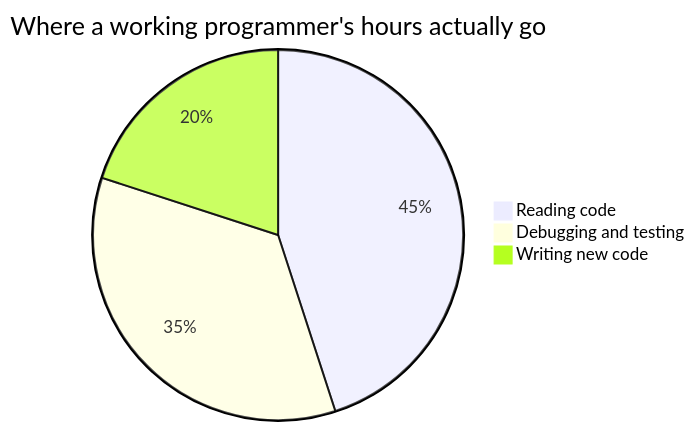
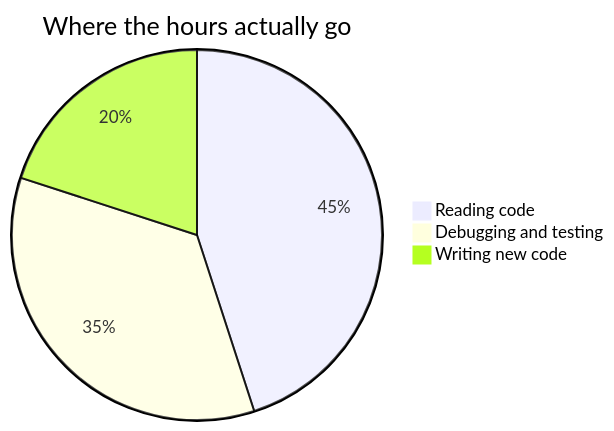
One commit to russellgordon/containerized-quartz-for-teachers changed the second of 2 diagrams in support/example_content/ICS3U/shared/Style/What This Site Can Do.md. Above: the diagram before and after it, drawn with Mermaid. The commit also changed 31 other files, not shown here.

First line of the commit message:
Pie titles fit the chart mermaid actually draws

````diff
--- a/support/example_content/ICS3U/shared/Style/What This Site Can Do.md
+++ b/support/example_content/ICS3U/shared/Style/What This Site Can Do.md
@@ -159,6 +159,6 @@
 ```mermaid
-pie title Where a working programmer's hours actually go
+pie title Where the hours actually go
     "Reading code" : 45
     "Debugging and testing" : 35
     "Writing new code" : 20
 ```
````
